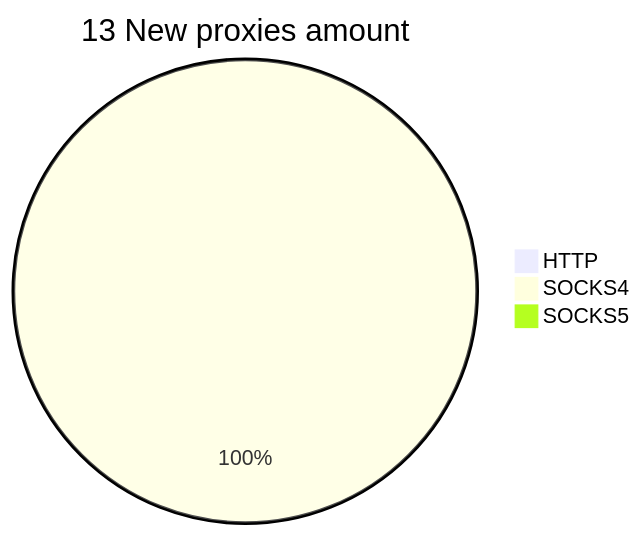
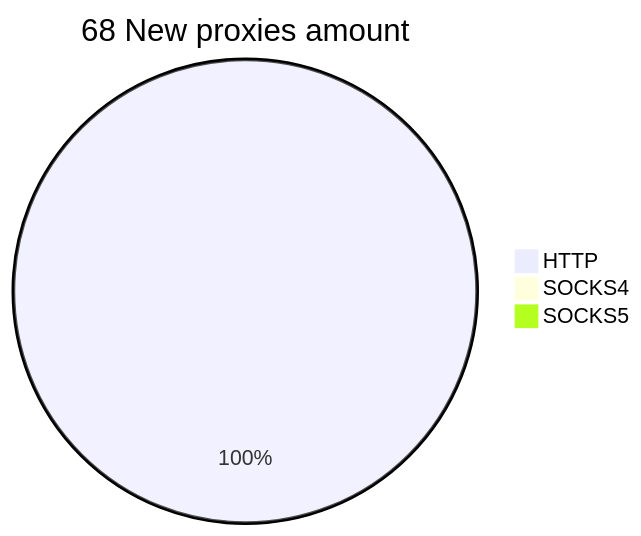
Before and after one commit to cutipu/proxylist: the second of 2 diagrams in README.md, drawn with Mermaid. The commit also changed other lines of this file, not shown here.

````diff
--- a/README.md
+++ b/README.md
@@ -10,6 +10,6 @@
 ```mermaid
-pie title 13 New proxies amount
-    "HTTP" : 0
-    "SOCKS4" : 13
+pie title 68 New proxies amount
+    "HTTP" : 71
+    "SOCKS4" : 0
     "SOCKS5" : 0
 ```
````
